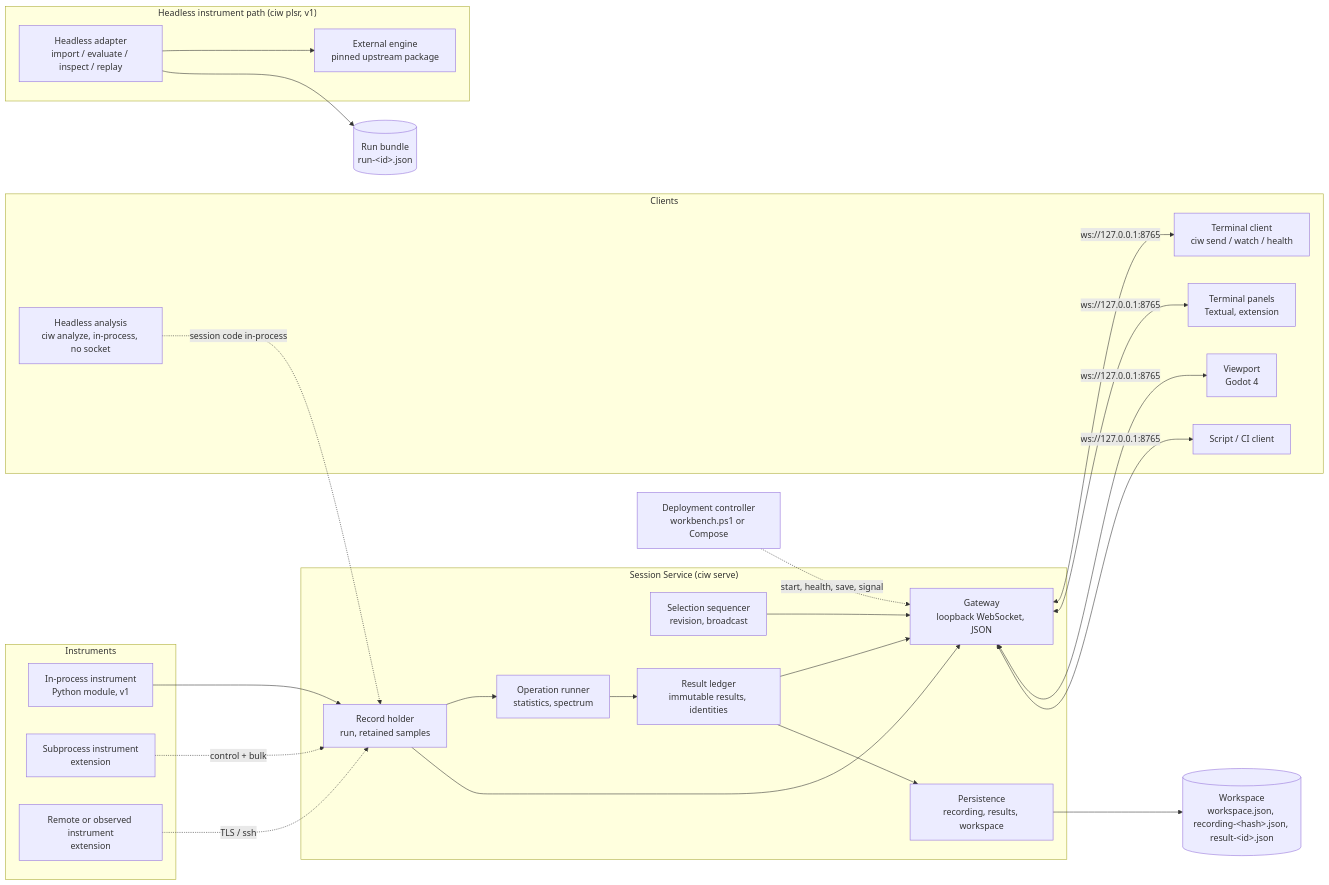
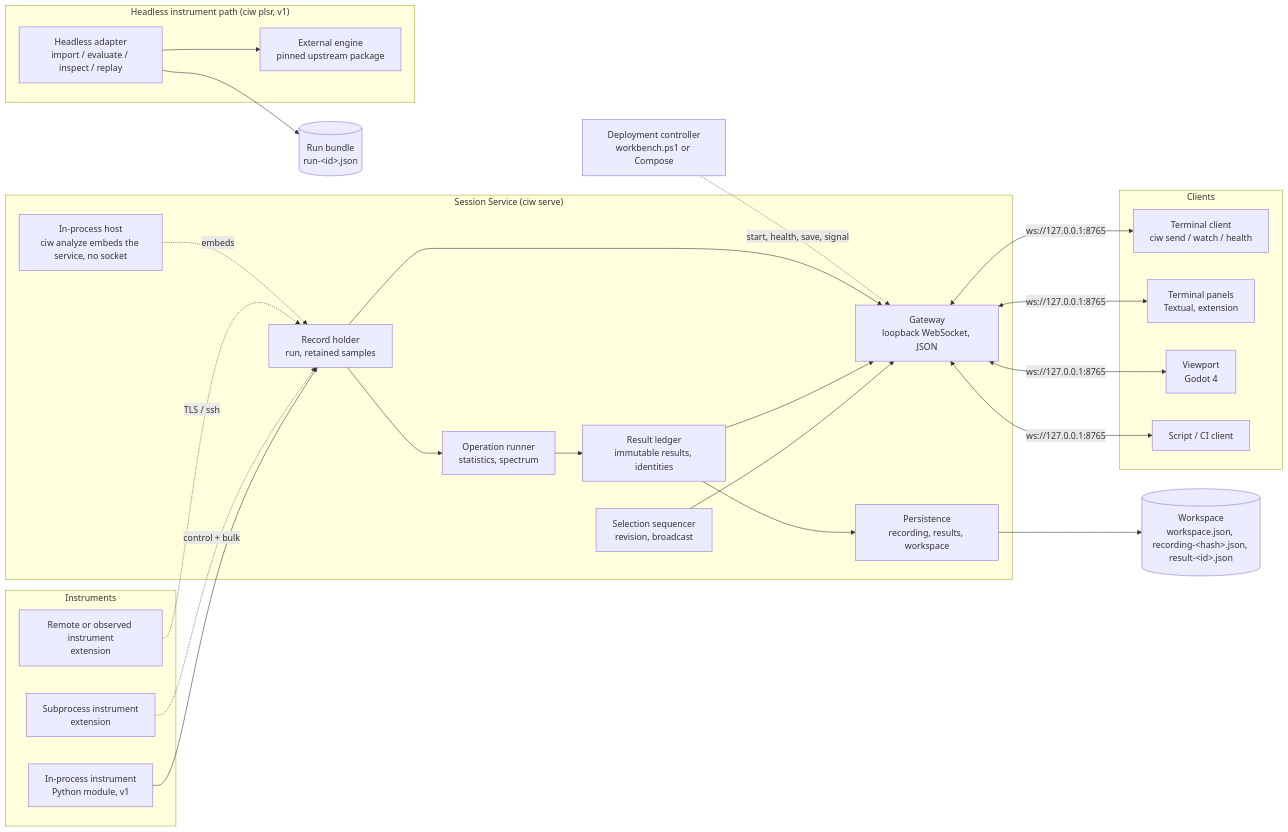
Before and after one commit to giasonpooni/Computational-Instrumentation-Workbench: the first of 3 diagrams in docs/ARCHITECTURE.md, drawn with Mermaid. The commit also changed other lines of this file, not shown here.

First line of the commit message:
Remove unbacked v1 claims and close extension gaps in the architecture

````diff
--- a/docs/ARCHITECTURE.md
+++ b/docs/ARCHITECTURE.md
@@ -119,46 +119,46 @@
 ```mermaid
 flowchart LR
     subgraph Instruments
         I1[In-process instrument<br/>Python module, v1]
         I2[Subprocess instrument<br/>extension]
         I3[Remote or observed instrument<br/>extension]
     end
     subgraph Service["Session Service (ciw serve)"]
         REC[Record holder<br/>run, retained samples]
         SEL[Selection sequencer<br/>revision, broadcast]
         OPS[Operation runner<br/>statistics, spectrum]
         RES[Result ledger<br/>immutable results, identities]
         GW[Gateway<br/>loopback WebSocket, JSON]
         PER[Persistence<br/>recording, results, workspace]
+        AN[In-process host<br/>ciw analyze embeds the service, no socket]
     end
     subgraph Clients
         CLI[Terminal client<br/>ciw send / watch / health]
-        AN[Headless analysis<br/>ciw analyze, in-process, no socket]
         TUI[Terminal panels<br/>Textual, extension]
         VP[Viewport<br/>Godot 4]
         SC[Script / CI client]
     end
     WS[("Workspace<br/>workspace.json, recording-#lt;hash#gt;.json, result-#lt;id#gt;.json")]
     subgraph Headless["Headless instrument path (ciw plsr, v1)"]
         HA[Headless adapter<br/>import / evaluate / inspect / replay]
         ENG[External engine<br/>pinned upstream package]
     end
     RB[("Run bundle<br/>run-#lt;id#gt;.json")]
     DC[Deployment controller<br/>workbench.ps1 or Compose]
     I1 --> REC
     I2 -. control + bulk .-> REC
     I3 -. TLS / ssh .-> REC
     REC --> OPS --> RES
     SEL --> GW
     RES --> GW
     REC --> GW
     RES --> PER --> WS
     GW <-- ws://127.0.0.1:8765 --> CLI
     GW <-- ws://127.0.0.1:8765 --> TUI
     GW <-- ws://127.0.0.1:8765 --> VP
     GW <-- ws://127.0.0.1:8765 --> SC
-    AN -. session code in-process .-> REC
+    AN -. embeds .-> REC
     HA --> ENG
     HA --> RB
     DC -. start, health, save, signal .-> GW
 ```
````
